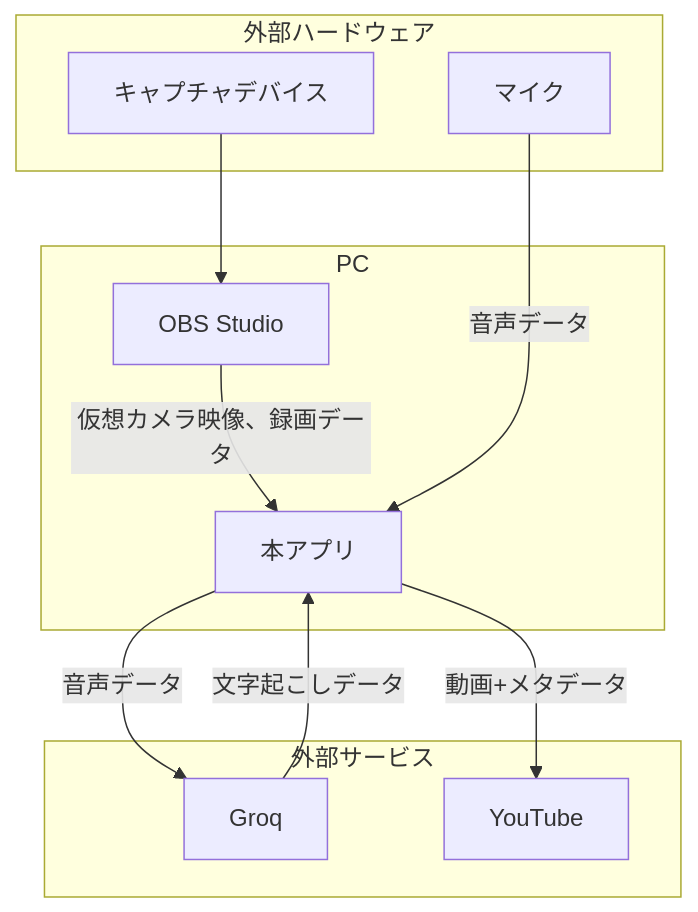
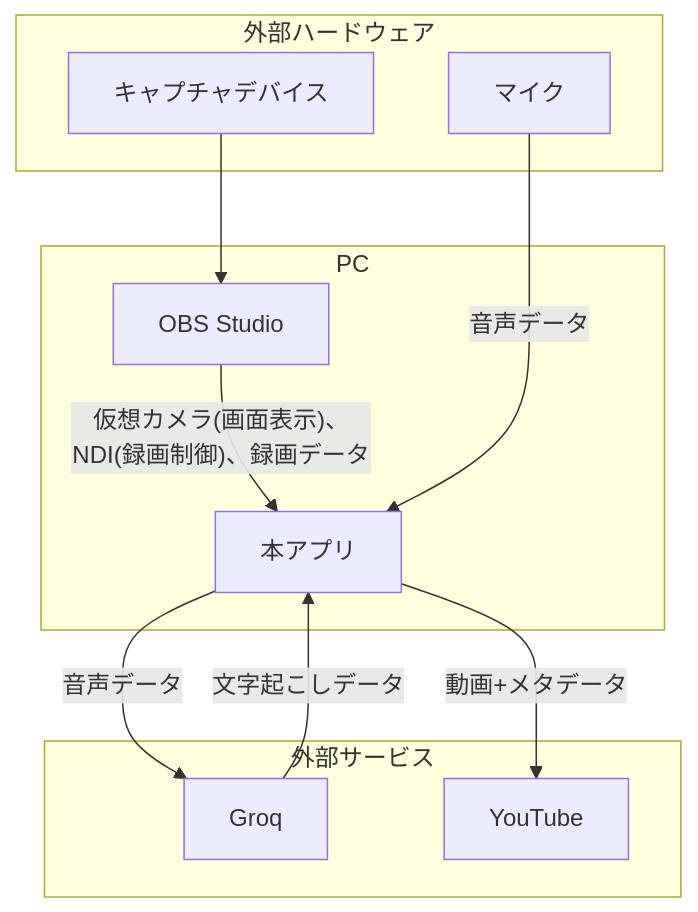
One commit to saw4405/splat-replay2 changed the second of 6 diagrams in docs/external_spec.md. Above: the diagram before and after it, drawn with Mermaid. The commit also changed other lines of this file and 62 other files, not shown here.

````diff
--- a/docs/external_spec.md
+++ b/docs/external_spec.md
@@ -34,19 +34,19 @@
 ```mermaid
 graph TD
     subgraph 外部ハードウェア
         Microphone[マイク]
         CaptureDevice[キャプチャデバイス]
     end
     subgraph 外部サービス
         Groq[Groq]
         YouTube[YouTube]
     end
     subgraph PC
         CaptureDevice --> OBS[OBS Studio]
-        OBS -- 仮想カメラ映像、録画データ --> App[本アプリ]
+        OBS -- 仮想カメラ(画面表示)、NDI(録画制御)、録画データ --> App[本アプリ]
         Microphone[マイク] -- 音声データ --> App
         App -- 音声データ --> Groq
         Groq -- 文字起こしデータ --> App
         App -- 動画+メタデータ --> YouTube
     end
 ```
````
